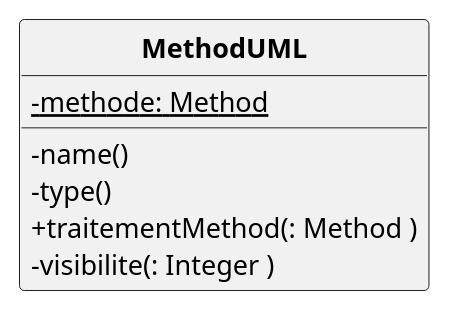
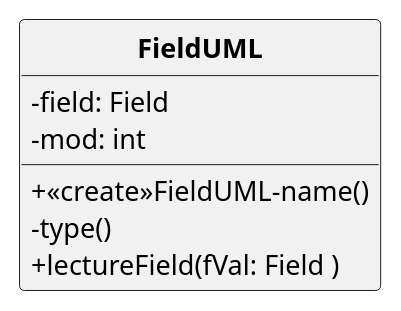
Before and after one commit to D3B1RUM4N/SAE_P21: the diagram in out/production/saep21/uml/classUML.puml, drawn with PlantUML. The commit also changed 17 other files, not shown here.

```diff
--- a/out/production/saep21/uml/classUML.puml
+++ b/out/production/saep21/uml/classUML.puml
@@ -1,18 +1,18 @@
 @startuml
 
-'UML GENER PAR CODE :)
+'UML GENERE PAR CODE :)
 
 skinparam style strictuml
 skinparam classAttributeIconSize 0
 skinparam classFontStyle Bold
 hide empty members
 
-class MethodUML{
--{static}methode: Method
--name()
+class FieldUML{
+-field: Field
+-mod: int
++<<create>>FieldUML-name()
 -type()
-+traitementMethod(: Method )
--visibilite(: Integer )
++lectureField(fVal: Field )
 
 }
 @enduml
```
